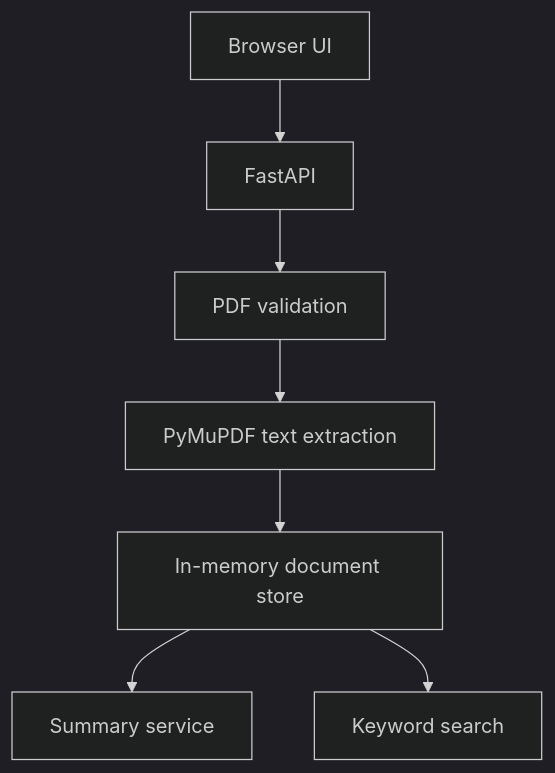
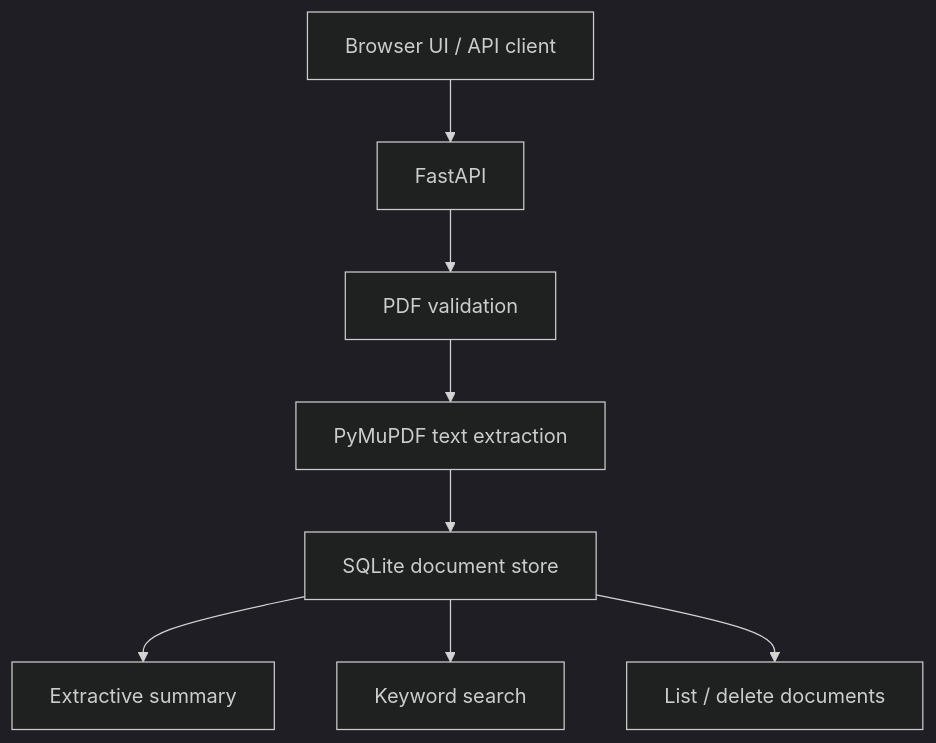
One commit to poojapansare18/documind-ai changed the diagram in README.md. Above: the diagram before and after it, drawn with Mermaid (dark theme). The commit also changed other lines of this file and 3 other files, not shown here.

First line of the commit message:
Add SQLite persistence and document management

````diff
--- a/README.md
+++ b/README.md
@@ -18,9 +19,10 @@
 ```mermaid
 flowchart TD
-    A[Browser UI] --> B[FastAPI]
+    A[Browser UI / API client] --> B[FastAPI]
     B --> C[PDF validation]
     C --> D[PyMuPDF text extraction]
-    D --> E[In-memory document store]
-    E --> F[Summary service]
+    D --> E[SQLite document store]
+    E --> F[Extractive summary]
     E --> G[Keyword search]
+    E --> H[List / delete documents]
 ```
````
